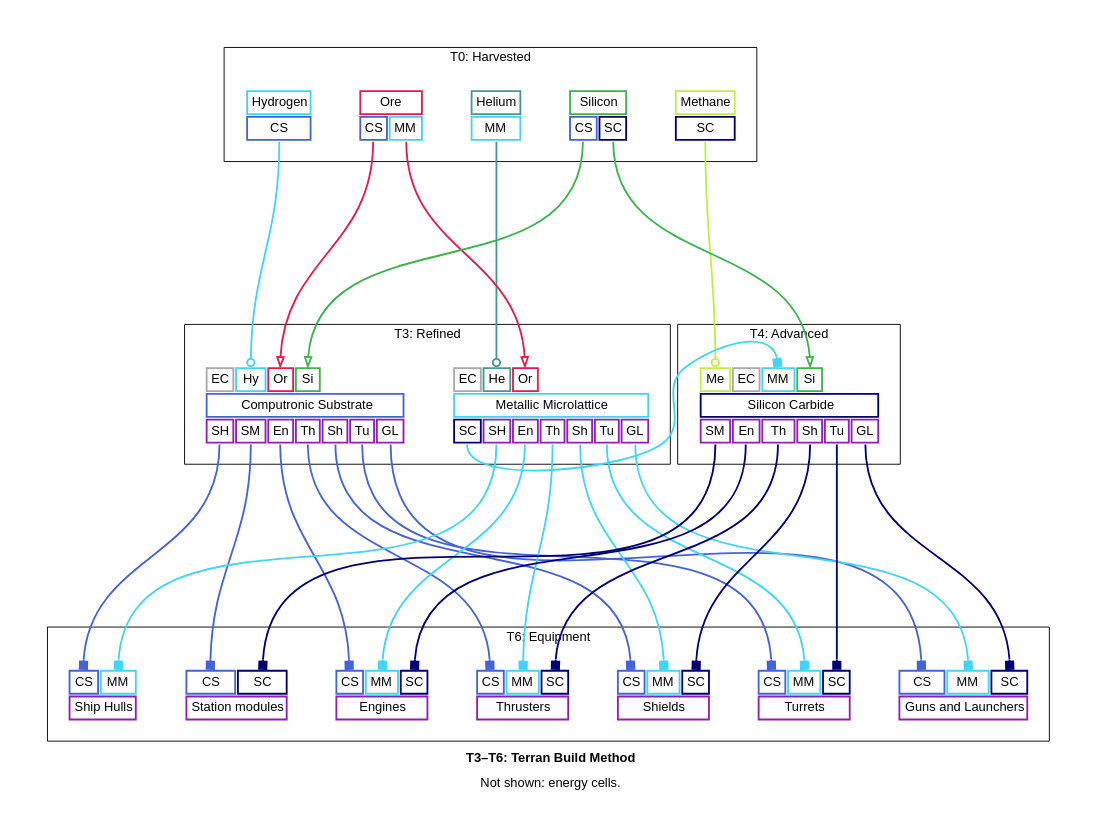
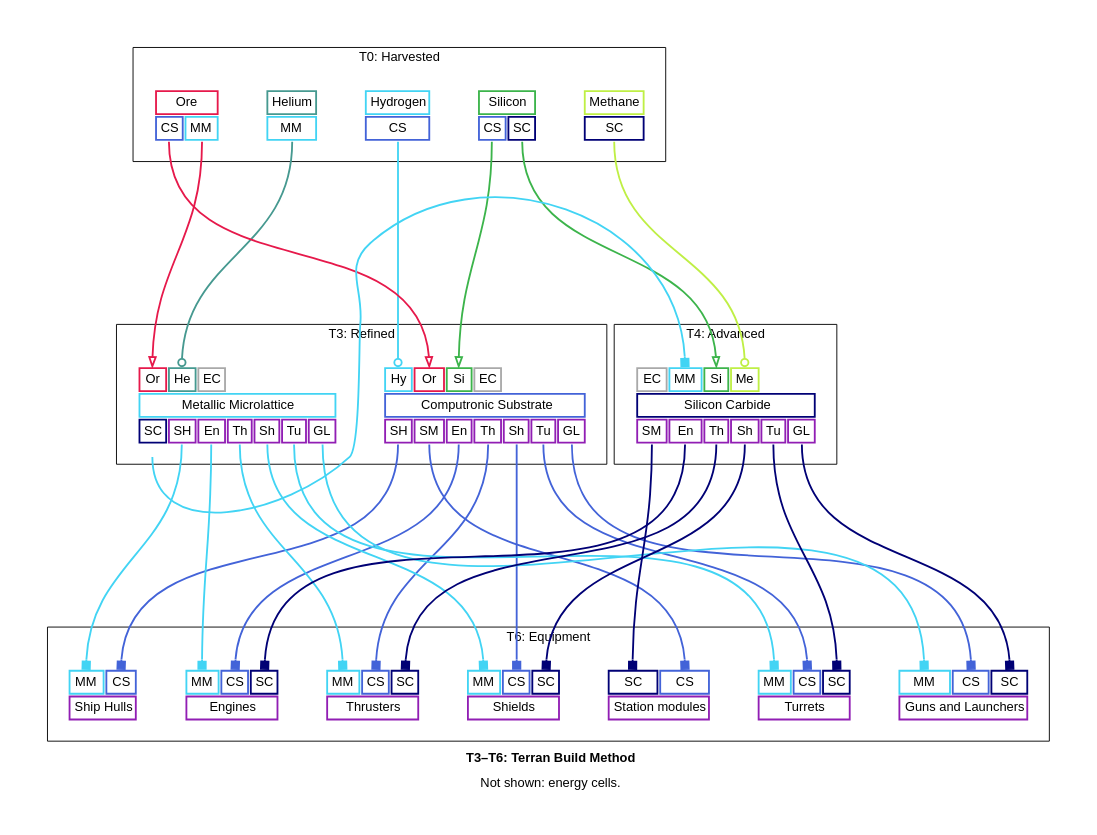
Before and after one commit to borntyping/x4-diagrams: the diagram in docs/t3_t6_terran_build_method_graph_simplified.dot, drawn with Graphviz. The commit also changed other lines of this file and 46 other files, not shown here.

First line of the commit message:
Fix weird highlighting in the sankey diagram

```diff
--- a/docs/t3_t6_terran_build_method_graph_simplified.dot
+++ b/docs/t3_t6_terran_build_method_graph_simplified.dot
@@ -83,13 +83,13 @@
   
     <tr>
       
-        <td align="text" bgcolor="white" color="#a9a9a9" port="energy_cells">EC</td>
-      
         <td align="text" bgcolor="white" color="#42d4f4" port="hydrogen">Hy</td>
       
         <td align="text" bgcolor="white" color="#e6194B" port="ore">Or</td>
       
         <td align="text" bgcolor="white" color="#3cb44b" port="silicon">Si</td>
+      
+        <td align="text" bgcolor="white" color="#a9a9a9" port="energy_cells">EC</td>
       
     </tr>
   
@@ -120,11 +120,11 @@
   
     <tr>
       
-        <td align="text" bgcolor="white" color="#a9a9a9" port="energy_cells">EC</td>
+        <td align="text" bgcolor="white" color="#e6194B" port="ore">Or</td>
       
         <td align="text" bgcolor="white" color="#469990" port="helium">He</td>
       
-        <td align="text" bgcolor="white" color="#e6194B" port="ore">Or</td>
+        <td align="text" bgcolor="white" color="#a9a9a9" port="energy_cells">EC</td>
       
     </tr>
   
@@ -158,13 +158,13 @@
   
     <tr>
       
-        <td align="text" bgcolor="white" color="#bfef45" port="methane">Me</td>
-      
         <td align="text" bgcolor="white" color="#a9a9a9" port="energy_cells">EC</td>
       
         <td align="text" bgcolor="white" color="#42d4f4" port="metallic_microlattice">MM</td>
       
         <td align="text" bgcolor="white" color="#3cb44b" port="silicon">Si</td>
+      
+        <td align="text" bgcolor="white" color="#bfef45" port="methane">Me</td>
       
     </tr>
   
@@ -196,9 +196,9 @@
   
     <tr>
       
+        <td align="text" bgcolor="white" color="#42d4f4" port="metallic_microlattice">MM</td>
+      
         <td align="text" bgcolor="white" color="#4363d8" port="computronic_substrate">CS</td>
-      
-        <td align="text" bgcolor="white" color="#42d4f4" port="metallic_microlattice">MM</td>
       
         <td align="text" bgcolor="white" color="#000075" port="silicon_carbide">SC</td>
       
@@ -213,9 +213,9 @@
   
     <tr>
       
+        <td align="text" bgcolor="white" color="#42d4f4" port="metallic_microlattice">MM</td>
+      
         <td align="text" bgcolor="white" color="#4363d8" port="computronic_substrate">CS</td>
-      
-        <td align="text" bgcolor="white" color="#42d4f4" port="metallic_microlattice">MM</td>
       
         <td align="text" bgcolor="white" color="#000075" port="silicon_carbide">SC</td>
       
@@ -230,9 +230,9 @@
   
     <tr>
       
+        <td align="text" bgcolor="white" color="#42d4f4" port="metallic_microlattice">MM</td>
+      
         <td align="text" bgcolor="white" color="#4363d8" port="computronic_substrate">CS</td>
-      
-        <td align="text" bgcolor="white" color="#42d4f4" port="metallic_microlattice">MM</td>
       
         <td align="text" bgcolor="white" color="#000075" port="silicon_carbide">SC</td>
       
@@ -247,9 +247,9 @@
   
     <tr>
       
+        <td align="text" bgcolor="white" color="#42d4f4" port="metallic_microlattice">MM</td>
+      
         <td align="text" bgcolor="white" color="#4363d8" port="computronic_substrate">CS</td>
-      
-        <td align="text" bgcolor="white" color="#42d4f4" port="metallic_microlattice">MM</td>
       
     </tr>
   
@@ -262,9 +262,9 @@
   
     <tr>
       
+        <td align="text" bgcolor="white" color="#000075" port="silicon_carbide">SC</td>
+      
         <td align="text" bgcolor="white" color="#4363d8" port="computronic_substrate">CS</td>
-      
-        <td align="text" bgcolor="white" color="#000075" port="silicon_carbide">SC</td>
       
     </tr>
   
@@ -277,9 +277,9 @@
   
     <tr>
       
+        <td align="text" bgcolor="white" color="#42d4f4" port="metallic_microlattice">MM</td>
+      
         <td align="text" bgcolor="white" color="#4363d8" port="computronic_substrate">CS</td>
-      
-        <td align="text" bgcolor="white" color="#42d4f4" port="metallic_microlattice">MM</td>
       
         <td align="text" bgcolor="white" color="#000075" port="silicon_carbide">SC</td>
       
@@ -294,9 +294,9 @@
   
     <tr>
       
+        <td align="text" bgcolor="white" color="#42d4f4" port="metallic_microlattice">MM</td>
+      
         <td align="text" bgcolor="white" color="#4363d8" port="computronic_substrate">CS</td>
-      
-        <td align="text" bgcolor="white" color="#42d4f4" port="metallic_microlattice">MM</td>
       
         <td align="text" bgcolor="white" color="#000075" port="silicon_carbide">SC</td>
       
```
